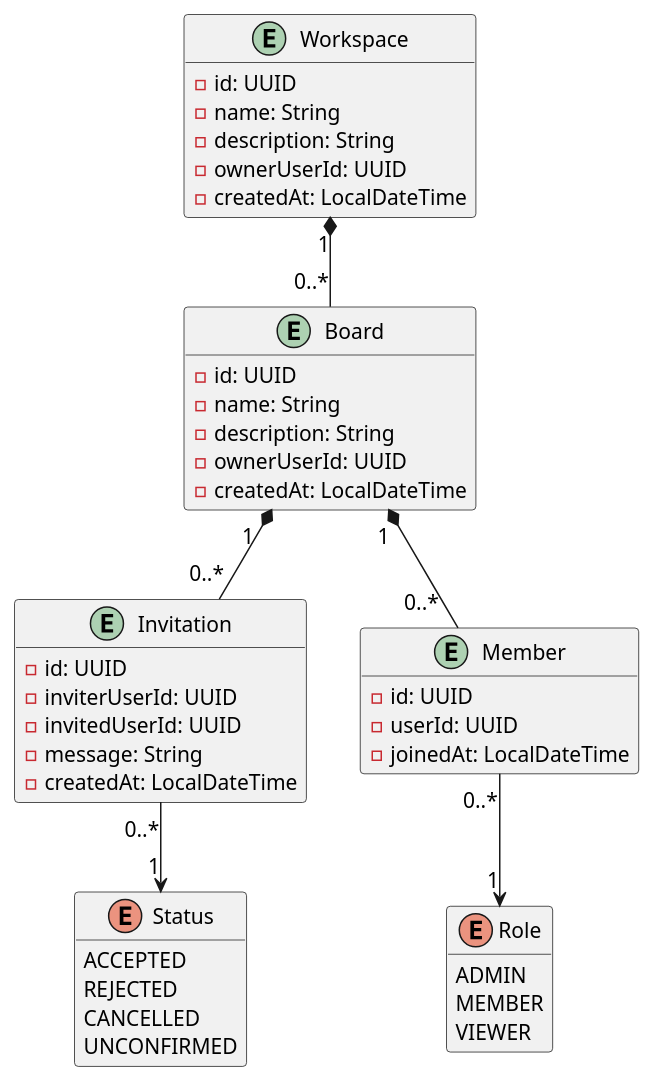
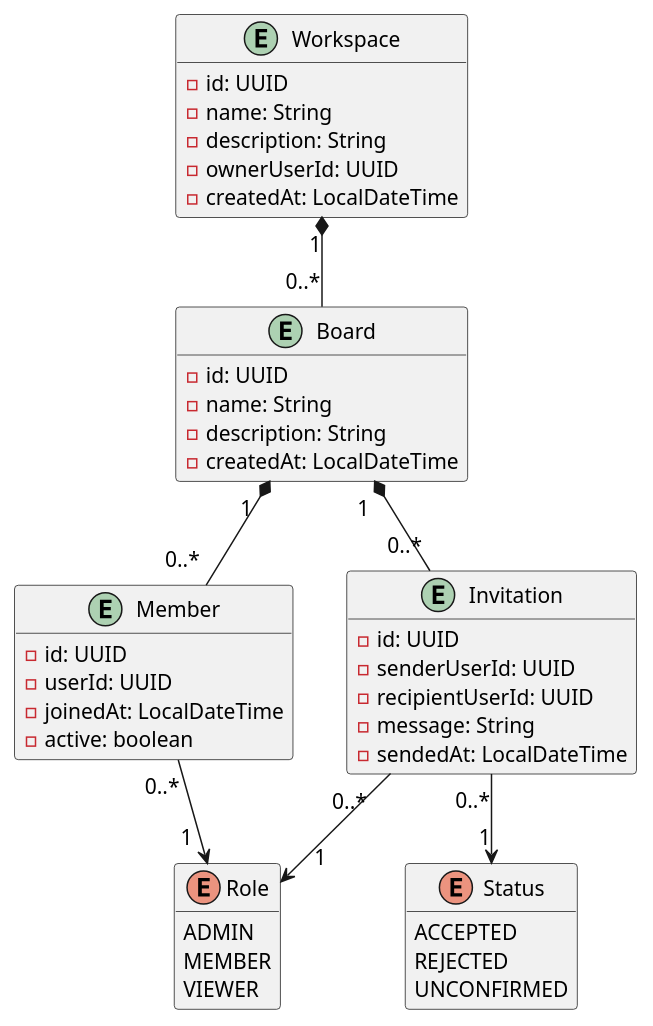
Before and after one commit to ArmandoEnrique1010K/TrelloMicroservices: the diagram in assets/Project_diagram.puml, drawn with PlantUML. The commit also changed 1 other file, not shown here.

Commit message:
Actualice las entidades del diagrama de dominio

```diff
--- a/assets/Project_diagram.puml
+++ b/assets/Project_diagram.puml
@@ -1,54 +1,54 @@
 @startuml Project
 hide methods
 skinparam ArrowFontSize 14
 
 entity Workspace {
     - id: UUID
     - name: String
     - description: String
     - ownerUserId: UUID
     - createdAt: LocalDateTime
 }
 
 entity Board {
     - id: UUID
     - name: String
     - description: String
-    - ownerUserId: UUID
     - createdAt: LocalDateTime
 }
 
 entity Invitation {
     - id: UUID
-    - inviterUserId: UUID
-    - invitedUserId: UUID
+    - senderUserId: UUID
+    - recipientUserId: UUID
     - message: String
-    - createdAt: LocalDateTime
+    - sendedAt: LocalDateTime
 }
 
 entity Member {
     - id: UUID
     - userId: UUID
     - joinedAt: LocalDateTime
+    - active: boolean
 }
 
 enum Role {
     ADMIN
     MEMBER
     VIEWER
 }
 
 enum Status {
     ACCEPTED
     REJECTED
-    CANCELLED
     UNCONFIRMED
 }
 
 Workspace "1" *-- "0..*" Board
-Board "1 " *-- "0..*  " Member
+Board " 1  " *-- "0..*  " Member
 Board "1  " *-- "0..*" Invitation
-Member "0..*" --> "1" Role
+Member "0..*" --> "1  " Role
+Invitation "0..*  " --> "    1" Role
 Invitation "0..*" --> "1" Status
 
 @enduml
```
